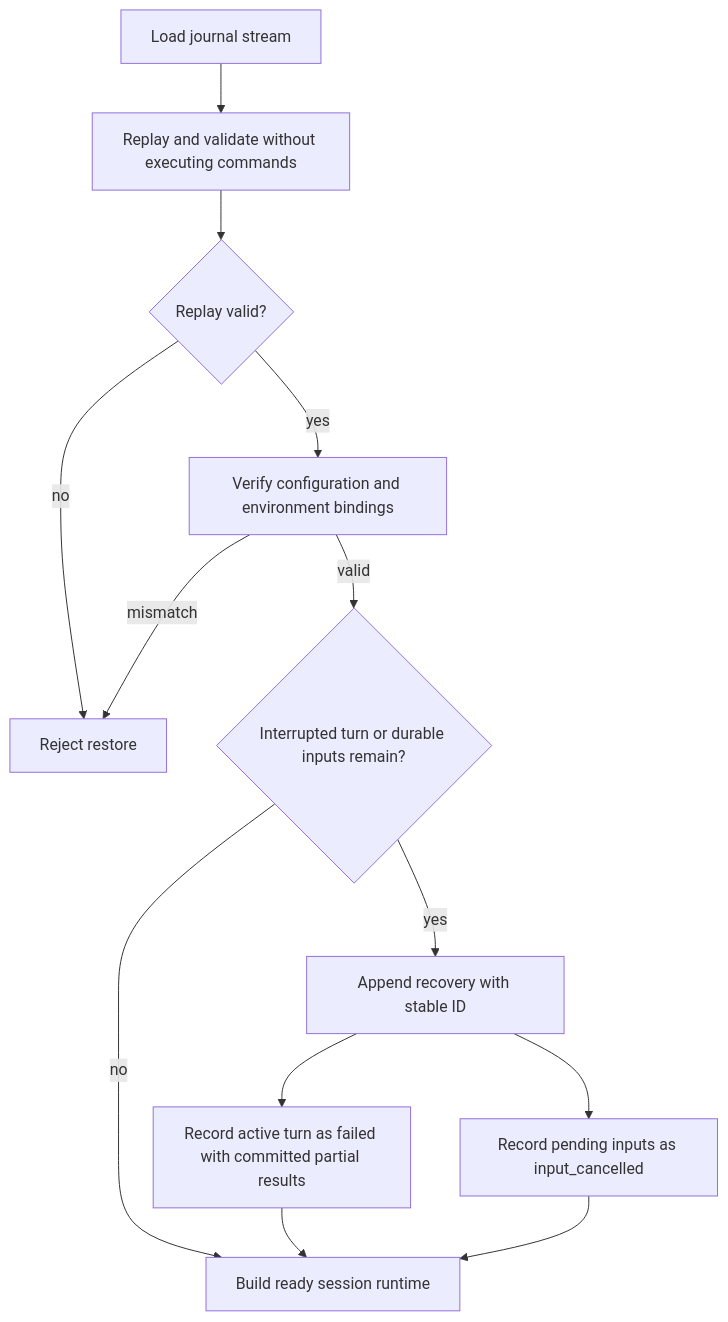
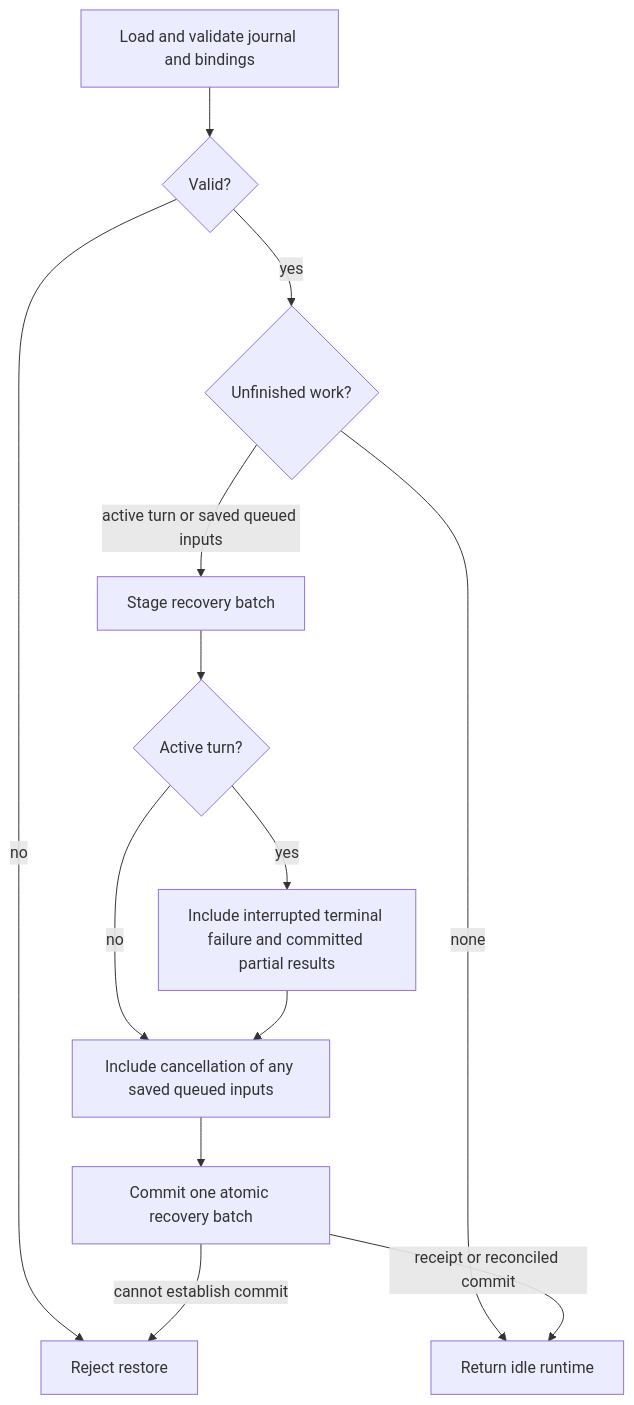
The sixth of 8 diagrams in docs/session-runtime.md (danbarua/labkit-agent), drawn with Mermaid before and after one commit. The commit also changed other lines of this file and 70 other files, not shown here.

First line of the commit message:
Restore runtime contracts and execution evidence

````diff
--- a/docs/session-runtime.md
+++ b/docs/session-runtime.md
@@ -221,25 +147,15 @@
 ```mermaid
 flowchart TD
-  load[Load journal stream]
-  replay[Replay and validate without executing commands]
-  valid{Replay valid?}
-  bindings[Verify configuration and environment bindings]
-  recover{Interrupted turn or durable inputs remain?}
-  recovery[Append recovery with stable ID]
-  terminal[Record active turn as failed with committed partial results]
-  cancelled[Record pending inputs as input_cancelled]
-  build[Build ready session runtime]
-  reject[Reject restore]
-
-  load --> replay --> valid
-  valid -->|no| reject
-  valid -->|yes| bindings
-  bindings -->|mismatch| reject
-  bindings -->|valid| recover
-  recover -->|no| build
-  recover -->|yes| recovery
-  recovery --> terminal
-  recovery --> cancelled
-  terminal --> build
-  cancelled --> build
+  load[Load and validate journal and bindings] --> valid{Valid?}
+  valid -->|no| reject[Reject restore]
+  valid -->|yes| work{Unfinished work?}
+  work -->|none| ready[Return idle runtime]
+  work -->|active turn or saved queued inputs| stage[Stage recovery batch]
+  stage --> active{Active turn?}
+  active -->|yes| terminal[Include interrupted terminal failure and committed partial results]
+  active -->|no| queued[Include cancellation of any saved queued inputs]
+  terminal --> queued
+  queued --> append[Commit one atomic recovery batch]
+  append -->|receipt or reconciled commit| ready
+  append -->|cannot establish commit| reject
 ```
````
